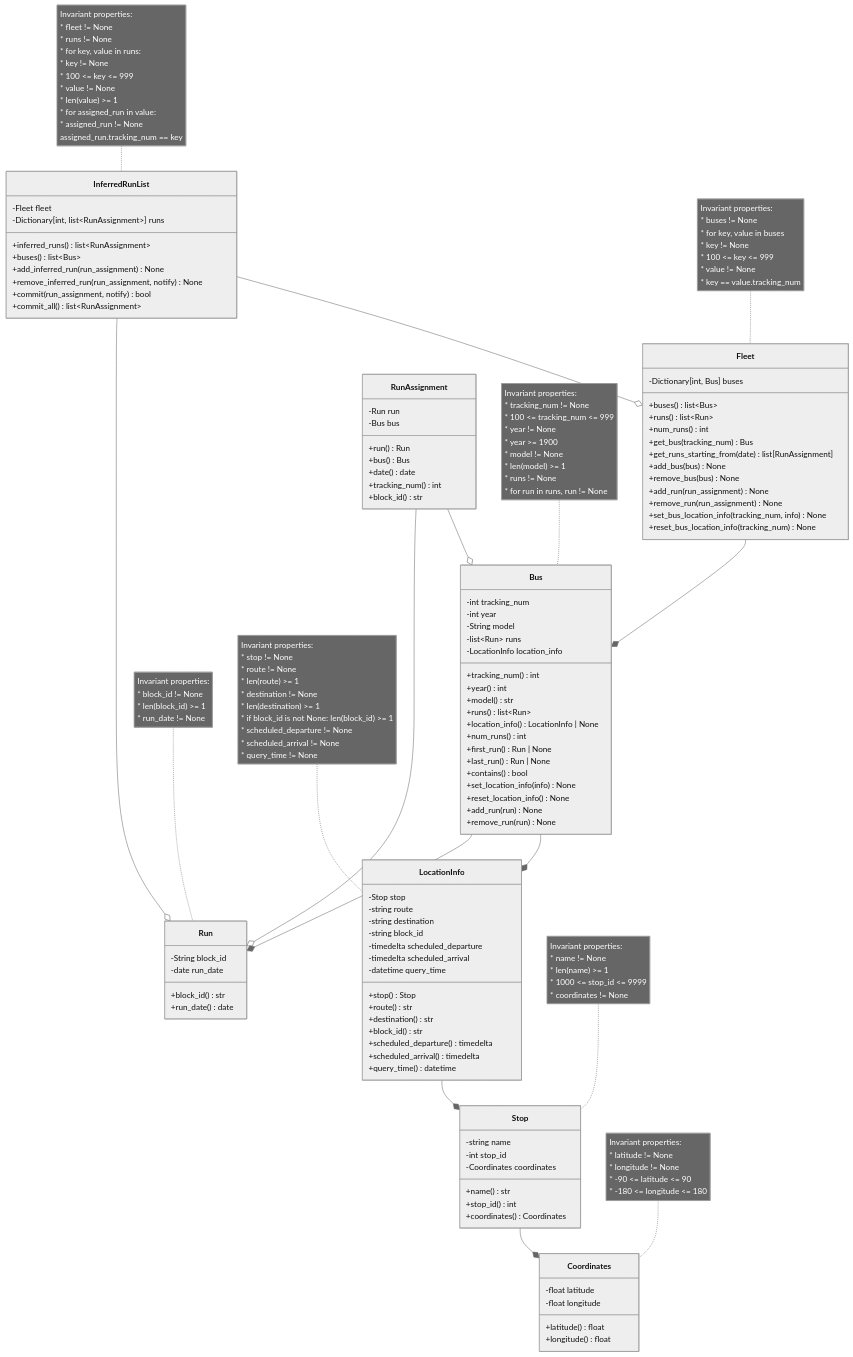
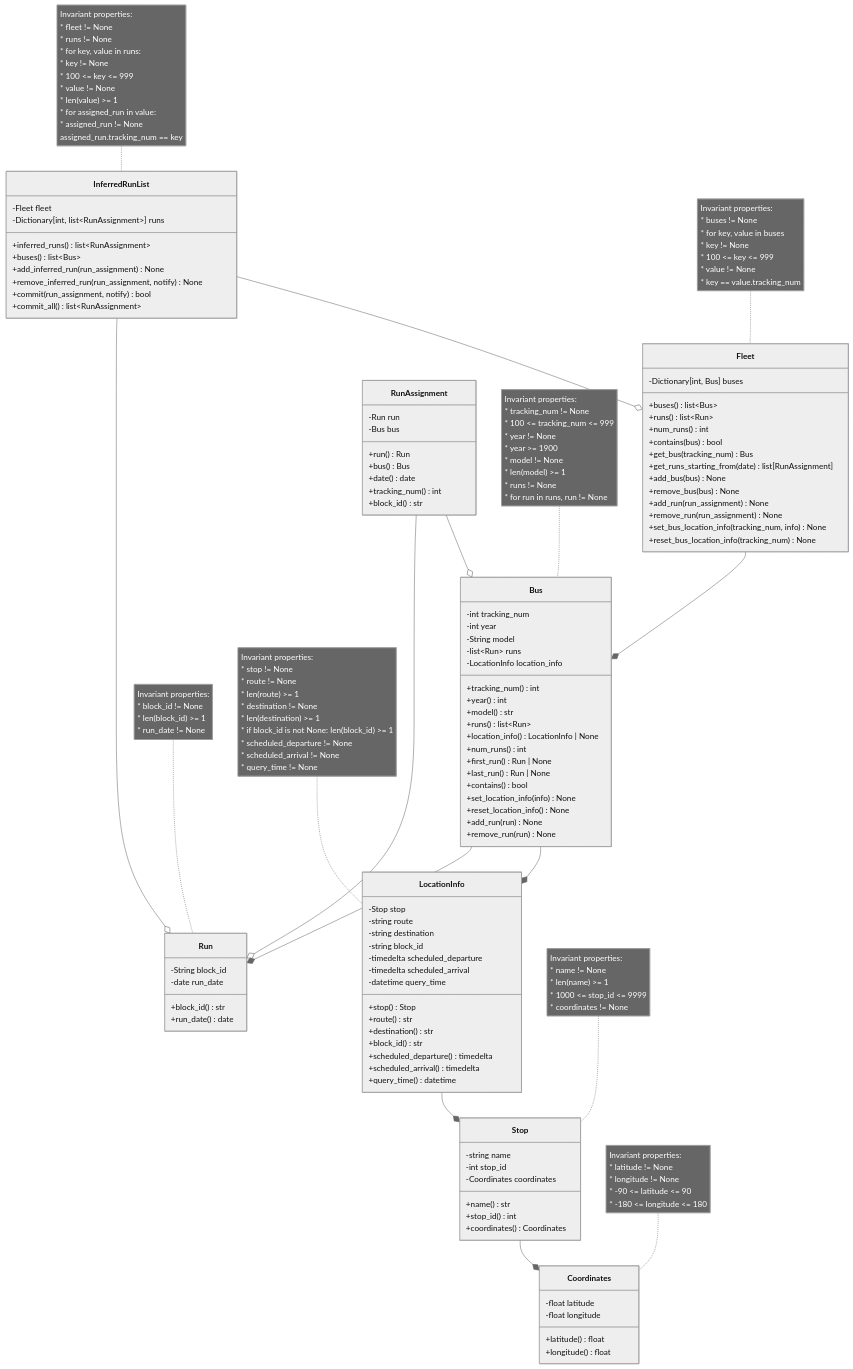
Before and after one commit to Michel-Prejet/zeb-tracker: the diagram in domain.md, drawn with Mermaid (neutral theme). The commit also changed 83 other files, not shown here.

```diff
--- a/domain.md
+++ b/domain.md
@@ -10,6 +10,7 @@
         +buses() list~Bus~
         +runs() list~Run~
         +num_runs() int
+        +contains(bus) bool
         +get_bus(tracking_num) Bus
         +get_runs_starting_from(date) list[RunAssignment]
         +add_bus(bus) None
```
